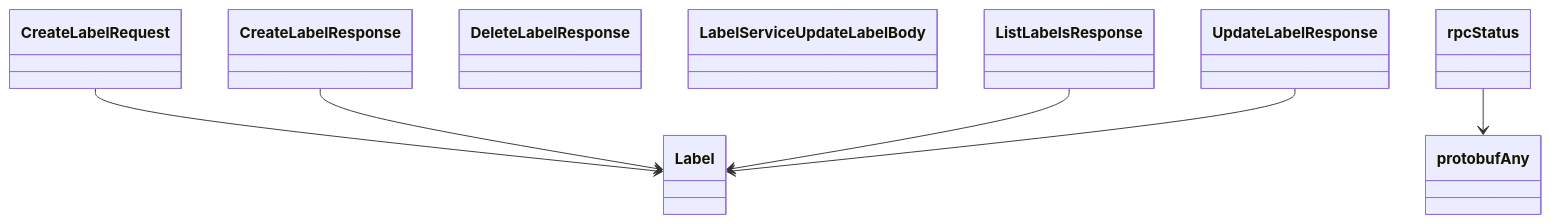
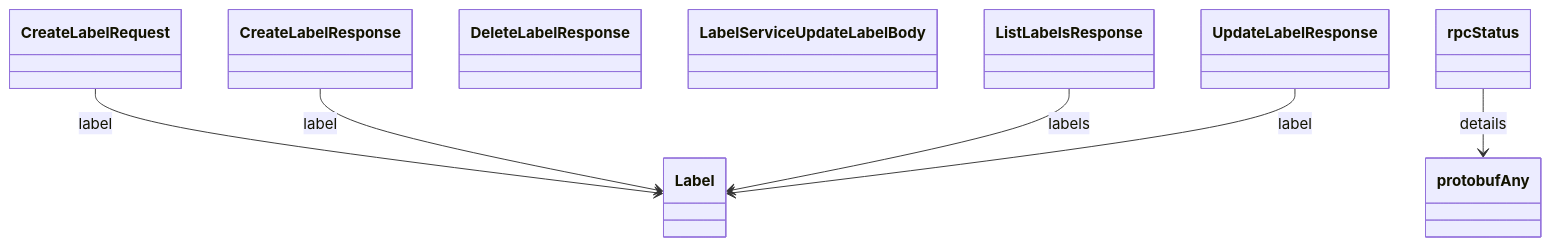
One commit to alexdearaujo/community_sdk_python changed the tenth of 10 diagrams in docs/sphinx/services/label.md. Above: the diagram before and after it, drawn with Mermaid. The commit also changed other lines of this file and 129 other files, not shown here.

````diff
--- a/docs/sphinx/services/label.md
+++ b/docs/sphinx/services/label.md
@@ -333,17 +354,17 @@
 ```mermaid
 classDiagram
     class CreateLabelRequest
     class CreateLabelResponse
     class DeleteLabelResponse
     class Label
     class LabelServiceUpdateLabelBody
     class ListLabelsResponse
     class UpdateLabelResponse
     class protobufAny
     class rpcStatus
-    CreateLabelRequest --> Label
-    CreateLabelResponse --> Label
-    ListLabelsResponse --> Label
-    UpdateLabelResponse --> Label
-    rpcStatus --> protobufAny
+    CreateLabelRequest --> Label : label
+    CreateLabelResponse --> Label : label
+    ListLabelsResponse --> Label : labels
+    UpdateLabelResponse --> Label : label
+    rpcStatus --> protobufAny : details
 ```
````
